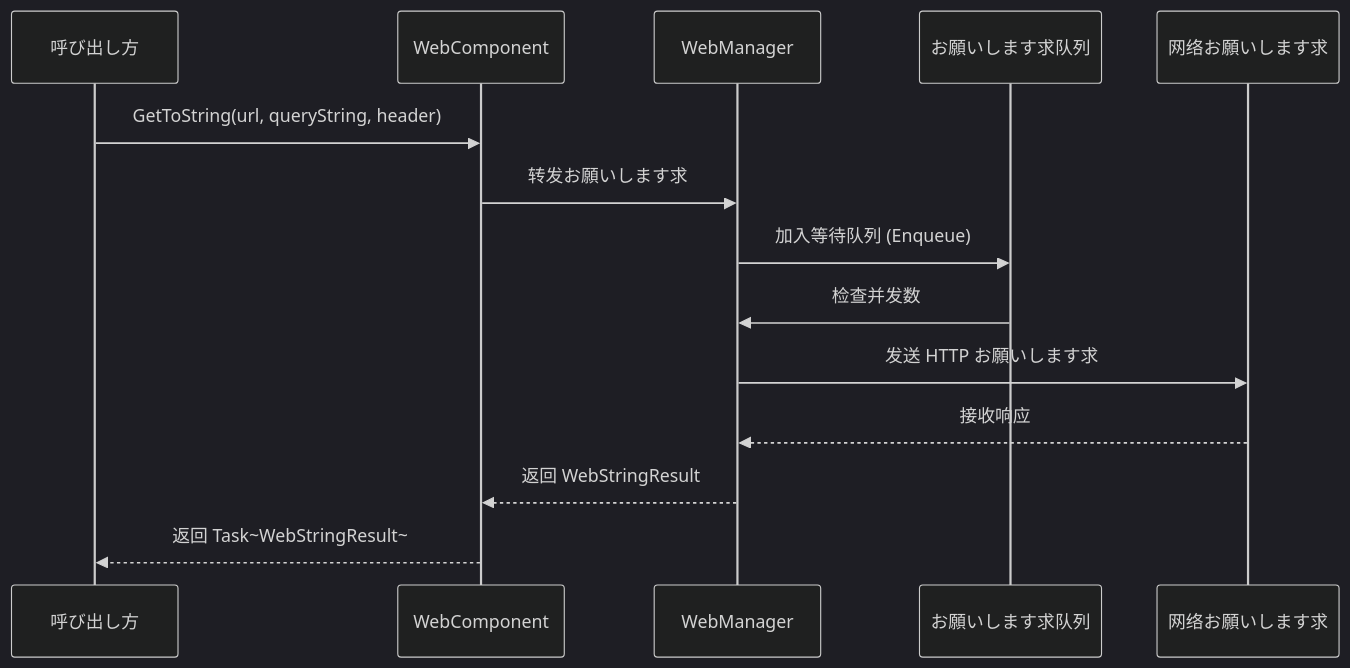
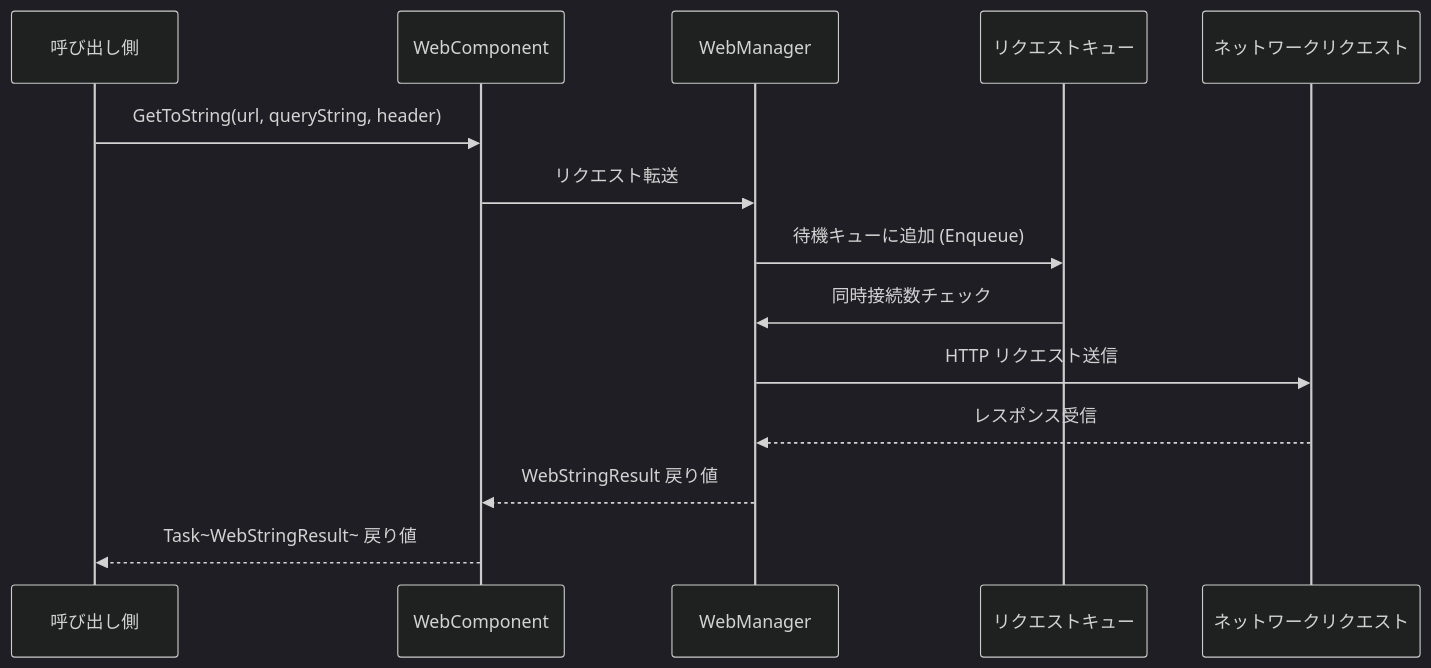
One commit to AlianBlank/GameFrameX.Docs changed the third of 3 diagrams in docs/ja/client/unity/component/web/01.overview.md. Above: the diagram before and after it, drawn with Mermaid (dark theme). The commit also changed other lines of this file and 320 other files, not shown here.

````diff
--- a/docs/ja/client/unity/component/web/01.overview.md
+++ b/docs/ja/client/unity/component/web/01.overview.md
@@ -155,17 +155,17 @@
 ```mermaid
 sequenceDiagram
-    participant Client as 呼び出し方
+    participant Client as 呼び出し側
     participant WebComponent as WebComponent
     participant WebManager as WebManager
-    participant Queue as お願いします求队列
-    participant Network as 网络お願いします求
+    participant Queue as リクエストキュー
+    participant Network as ネットワークリクエスト
 
     Client->>WebComponent: GetToString(url, queryString, header)
-    WebComponent->>WebManager: 转发お願いします求
-    WebManager->>Queue: 加入等待队列 (Enqueue)
-    Queue->>WebManager: 检查并发数
-    WebManager->>Network: 发送 HTTP お願いします求
-    Network-->>WebManager: 接收响应
-    WebManager-->>WebComponent: 返回 WebStringResult
-    WebComponent-->>Client: 返回 Task~WebStringResult~
+    WebComponent->>WebManager: リクエスト転送
+    WebManager->>Queue: 待機キューに追加 (Enqueue)
+    Queue->>WebManager: 同時接続数チェック
+    WebManager->>Network: HTTP リクエスト送信
+    Network-->>WebManager: レスポンス受信
+    WebManager-->>WebComponent: WebStringResult 戻り値
+    WebComponent-->>Client: Task~WebStringResult~ 戻り値
 ```
````
